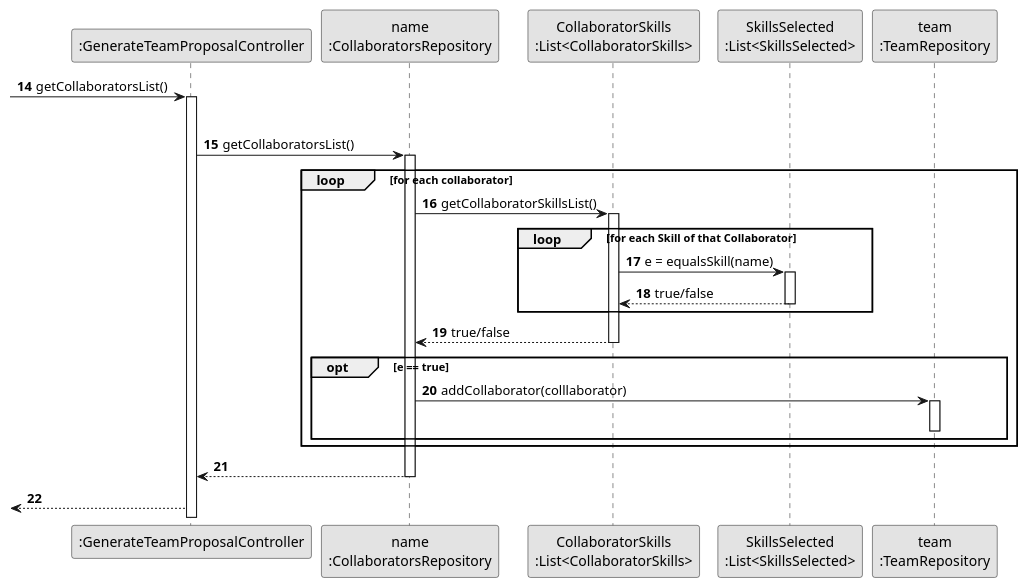
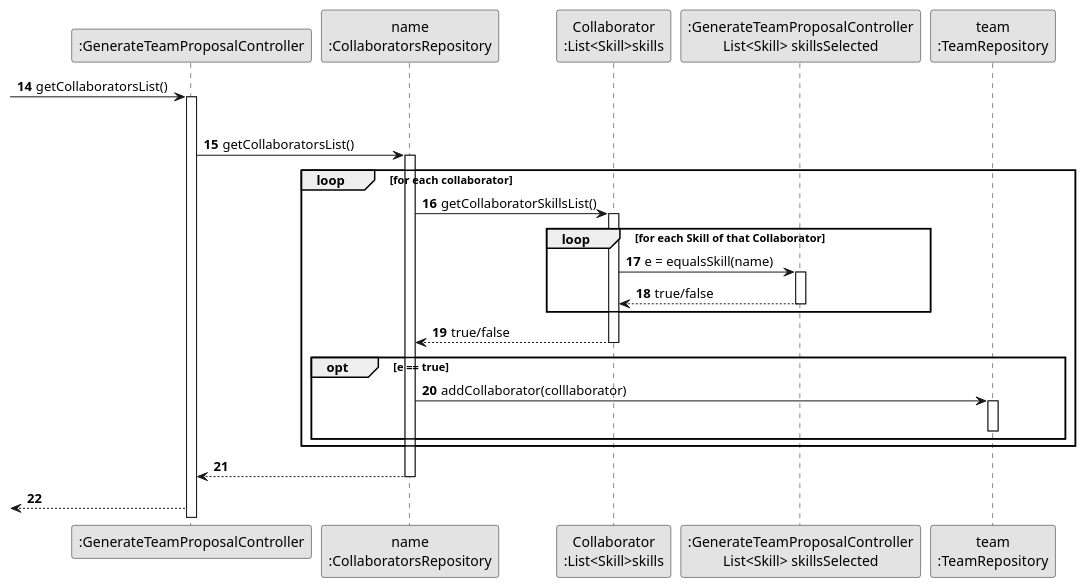
One commit to 1231360-ISEP/lei-24-s2-1db-g021 changed the diagram in docs/sprint2/us005/03.design/puml/us005-sequence-diagram-partial-collaborators-list.puml. Above: the diagram before and after it, drawn with PlantUML. The commit also changed 5 other files, not shown here.

Commit message:
Update US05 - Diagram Class and SD full and partial and SVG´s

```diff
--- a/docs/sprint2/us005/03.design/puml/us005-sequence-diagram-partial-collaborators-list.puml
+++ b/docs/sprint2/us005/03.design/puml/us005-sequence-diagram-partial-collaborators-list.puml
@@ -1,56 +1,56 @@
 @startuml
 skinparam monochrome true
 skinparam packageStyle rectangle
 skinparam shadowing false
 
 autonumber
 
 participant ":GenerateTeamProposalController" as CTRL
 participant "name\n:CollaboratorsRepository" as CollaboratorsRepository
-participant "CollaboratorSkills\n:List<CollaboratorSkills>" as CollaboratorSkills
-participant "SkillsSelected\n:List<SkillsSelected>" as ListOfSkillsSelected
+participant "Collaborator\n:List<Skill>skills" as CollaboratorSkills
+participant ":GenerateTeamProposalController\nList<Skill> skillsSelected" as ListOfSkillsSelected
 participant "team\n:TeamRepository" as TeamRepository
 
 
 autonumber 14
 
 ->CTRL: getCollaboratorsList()
 
 activate CTRL
 
 group Get Collaborators By Skills List
 
     CTRL -> CollaboratorsRepository : getCollaboratorsList()
 activate CollaboratorsRepository
 
     loop for each collaborator
             CollaboratorsRepository -> CollaboratorSkills : getCollaboratorSkillsList()
         activate CollaboratorSkills
 
             loop for each Skill of that Collaborator
                     CollaboratorSkills -> ListOfSkillsSelected : e = equalsSkill(name)
                 activate ListOfSkillsSelected
 
                 CollaboratorSkills <-- ListOfSkillsSelected : true/false
                 deactivate ListOfSkillsSelected
             end
         CollaboratorsRepository <-- CollaboratorSkills : true/false
         deactivate CollaboratorSkills
 
         opt e == true
 
             CollaboratorsRepository -> TeamRepository : addCollaborator(colllaborator)
             activate TeamRepository
             deactivate TeamRepository
 
         end
 
         deactivate CollaboratorSkills
 
     end
 
 CollaboratorsRepository --> CTRL:
 deactivate CollaboratorsRepository
 
 <-- CTRL :
 @enduml
```
